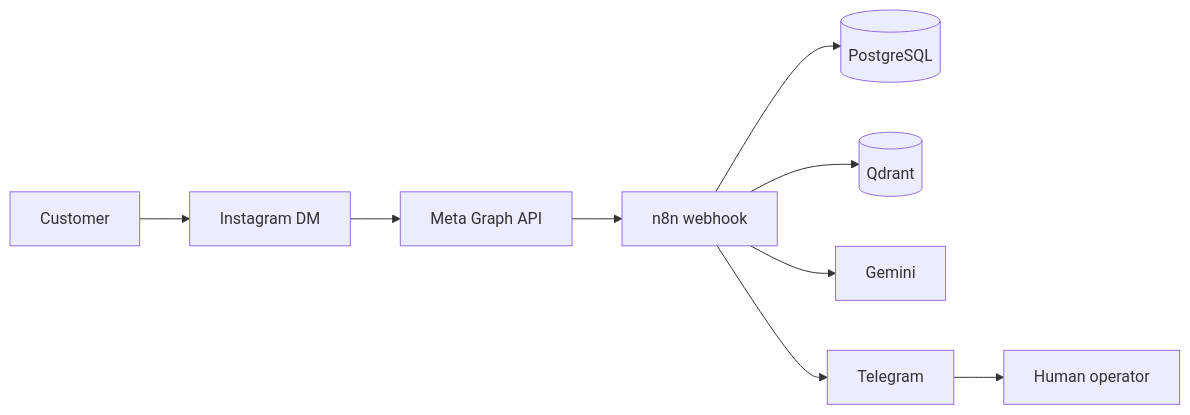
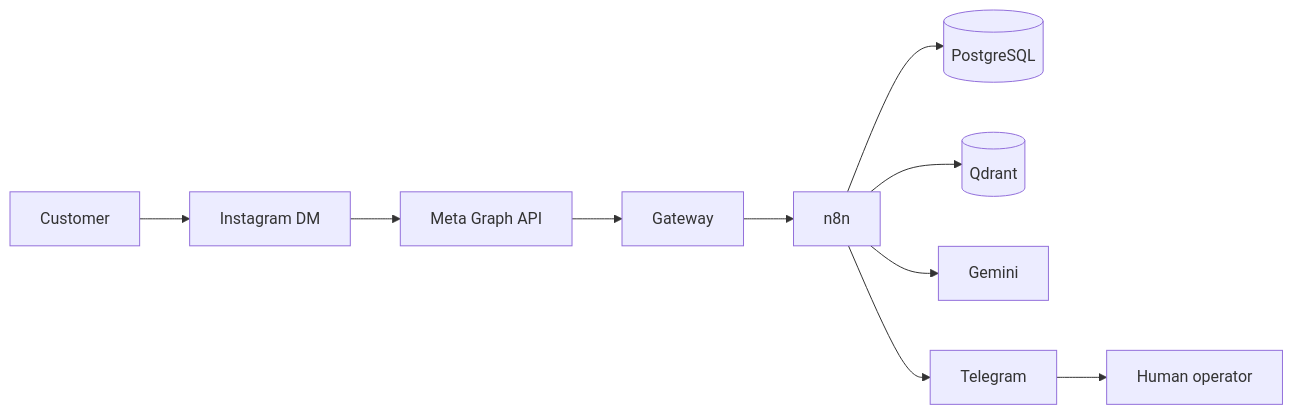
One commit to alvarolopez6/winery-ai-assistant changed the first of 2 diagrams in README.md. Above: the diagram before and after it, drawn with Mermaid. The commit also changed other lines of this file and 18 other files, not shown here.

Commit message:
Add public webhook gateway with HMAC verification

````diff
--- a/README.md
+++ b/README.md
@@ -41,11 +42,12 @@
 ```mermaid
 flowchart LR
     C[Customer] --> IG[Instagram DM]
     IG --> META[Meta Graph API]
-    META --> N8N[n8n webhook]
+    META --> GW[Gateway]
+    GW --> N8N[n8n]
     N8N --> PG[(PostgreSQL)]
     N8N --> Q[(Qdrant)]
     N8N --> LLM[Gemini]
     N8N --> TG[Telegram]
     TG --> OP[Human operator]
 ```
````
